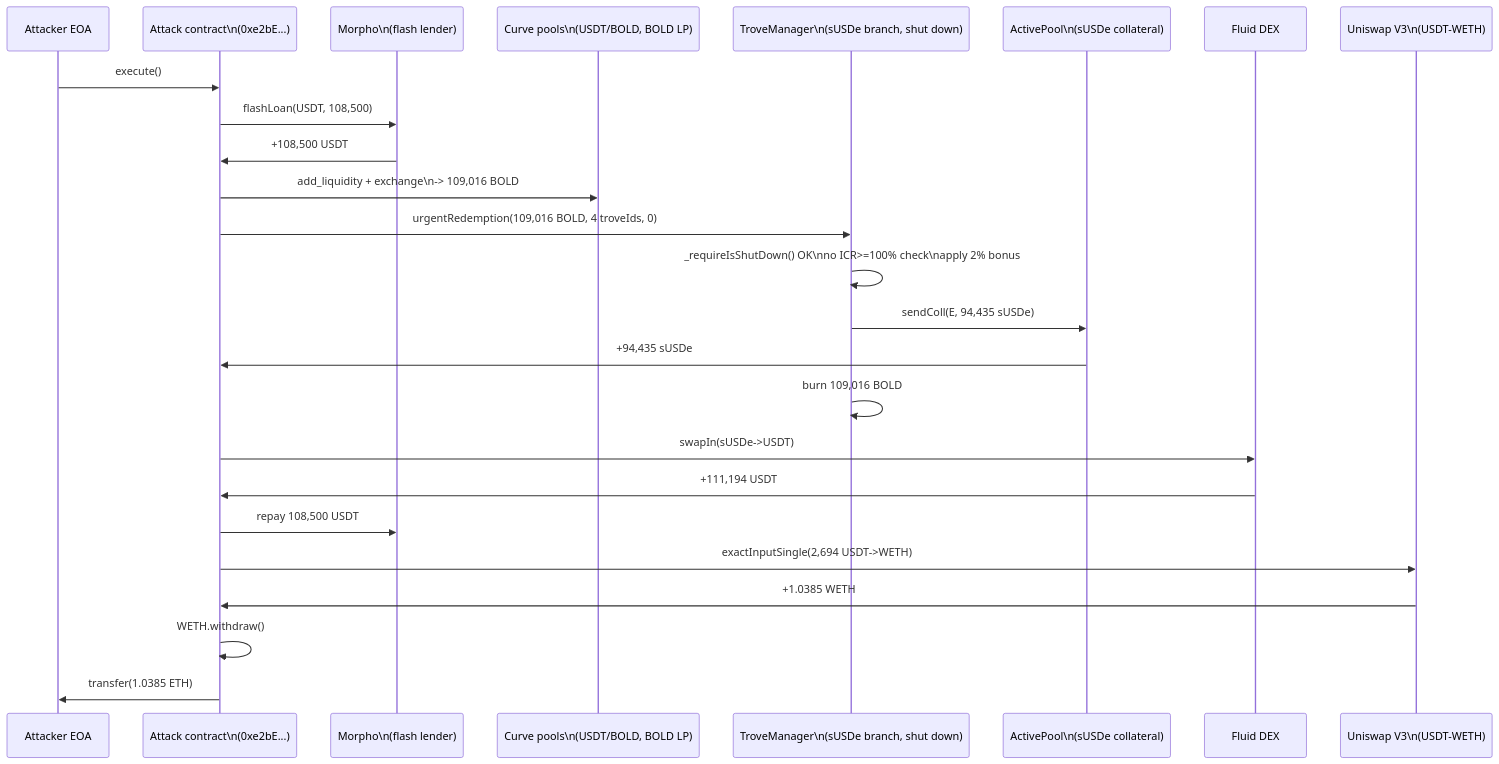
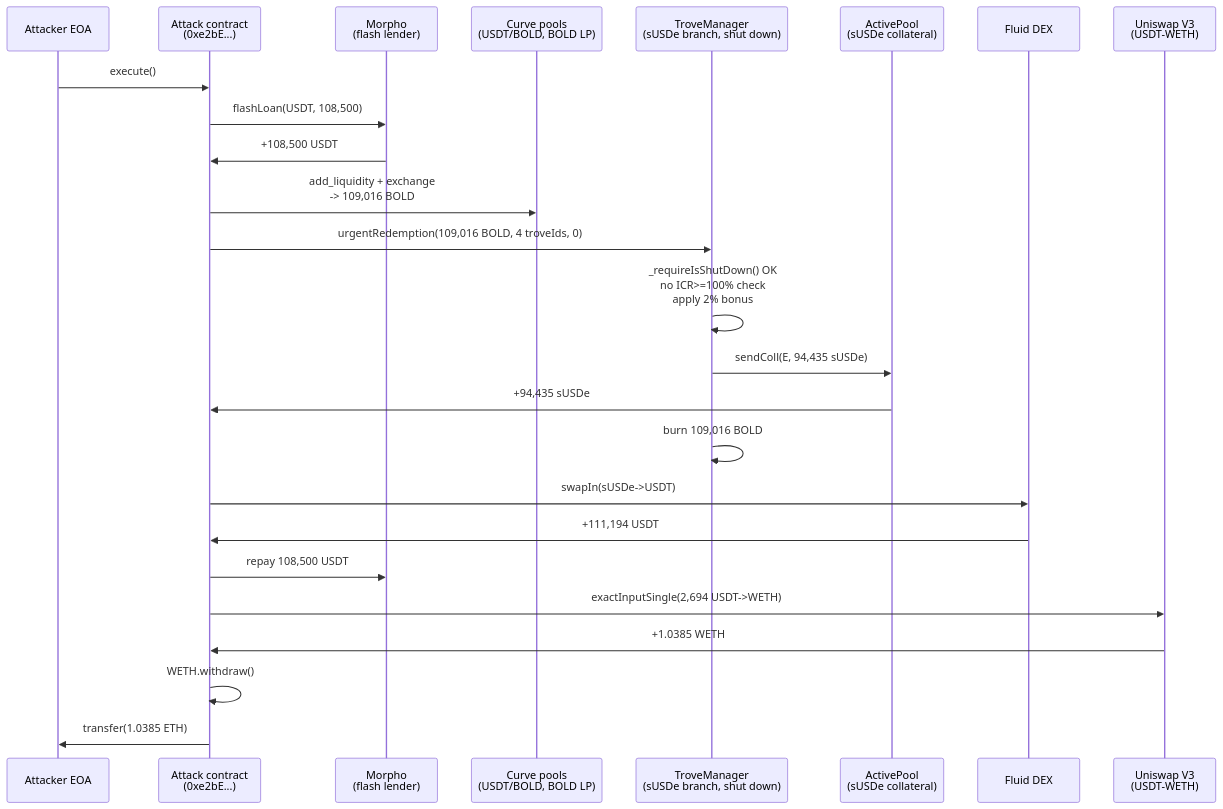
The first of 2 diagrams in 2025-07-ActivePoolUrgentRedemption_exp/ActivePoolUrgentRedemption_exp.md (sanbir/evm-hack-registry), drawn with Mermaid before and after one commit. The commit also changed other lines of this file and 280 other files, not shown here.

Commit message:
mermaid fixes

````diff
--- a/2025-07-ActivePoolUrgentRedemption_exp/ActivePoolUrgentRedemption_exp.md
+++ b/2025-07-ActivePoolUrgentRedemption_exp/ActivePoolUrgentRedemption_exp.md
@@ -162,28 +162,28 @@
 ```mermaid
 sequenceDiagram
     participant A as Attacker EOA
-    participant E as Attack contract\n(0xe2bE...)
-    participant M as Morpho\n(flash lender)
-    participant C as Curve pools\n(USDT/BOLD, BOLD LP)
-    participant TM as TroveManager\n(sUSDe branch, shut down)
-    participant AP as ActivePool\n(sUSDe collateral)
+    participant E as Attack contract<br/>(0xe2bE...)
+    participant M as Morpho<br/>(flash lender)
+    participant C as Curve pools<br/>(USDT/BOLD, BOLD LP)
+    participant TM as TroveManager<br/>(sUSDe branch, shut down)
+    participant AP as ActivePool<br/>(sUSDe collateral)
     participant F as Fluid DEX
-    participant U as Uniswap V3\n(USDT-WETH)
+    participant U as Uniswap V3<br/>(USDT-WETH)
 
     A->>E: execute()
     E->>M: flashLoan(USDT, 108,500)
     M->>E: +108,500 USDT
-    E->>C: add_liquidity + exchange\n-> 109,016 BOLD
+    E->>C: add_liquidity + exchange<br/>-> 109,016 BOLD
     E->>TM: urgentRedemption(109,016 BOLD, 4 troveIds, 0)
-    TM->>TM: _requireIsShutDown() OK\nno ICR>=100% check\napply 2% bonus
+    TM->>TM: _requireIsShutDown() OK<br/>no ICR>=100% check<br/>apply 2% bonus
     TM->>AP: sendColl(E, 94,435 sUSDe)
     AP->>E: +94,435 sUSDe
     TM->>TM: burn 109,016 BOLD
     E->>F: swapIn(sUSDe->USDT)
     F->>E: +111,194 USDT
     E->>M: repay 108,500 USDT
     E->>U: exactInputSingle(2,694 USDT->WETH)
     U->>E: +1.0385 WETH
     E->>E: WETH.withdraw()
     E->>A: transfer(1.0385 ETH)
 ```
````
